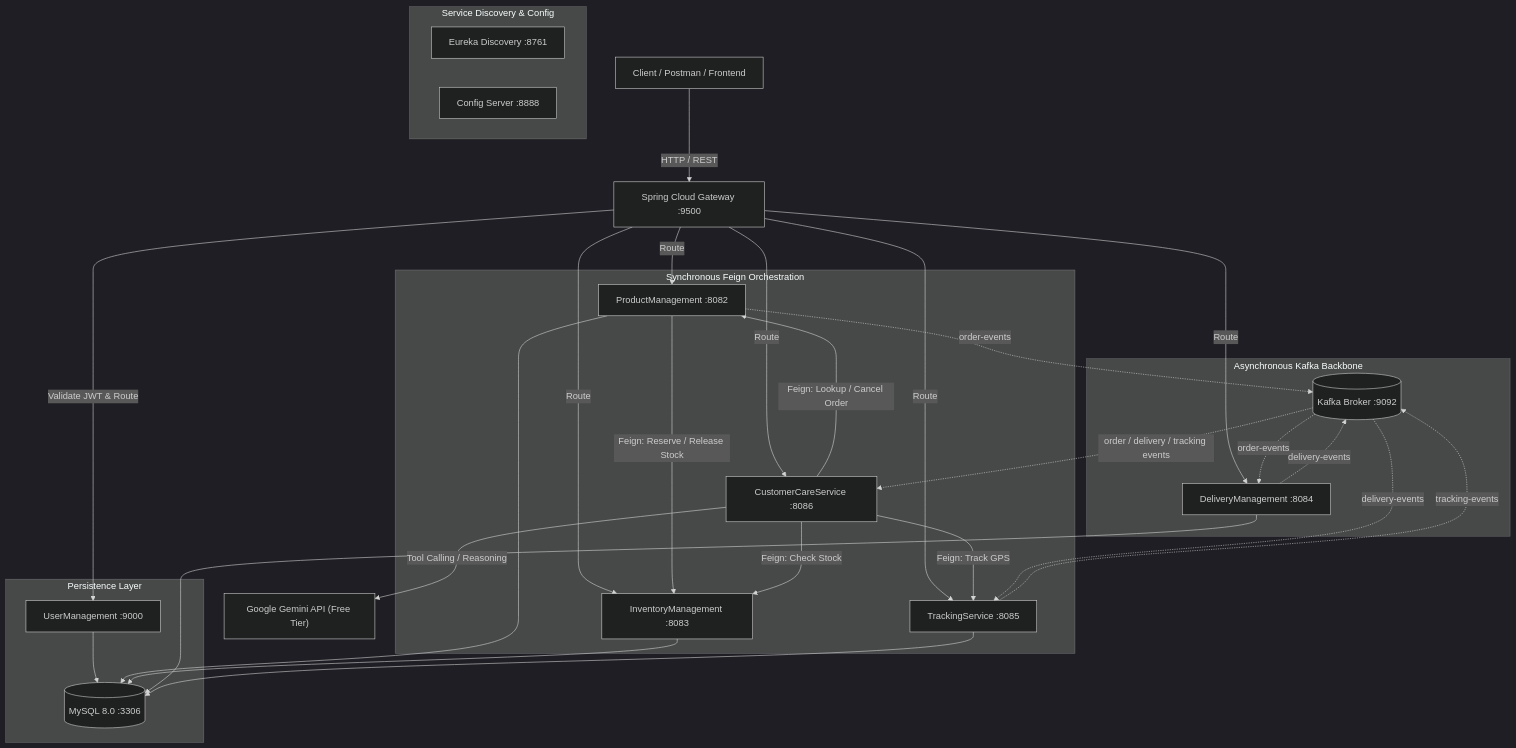
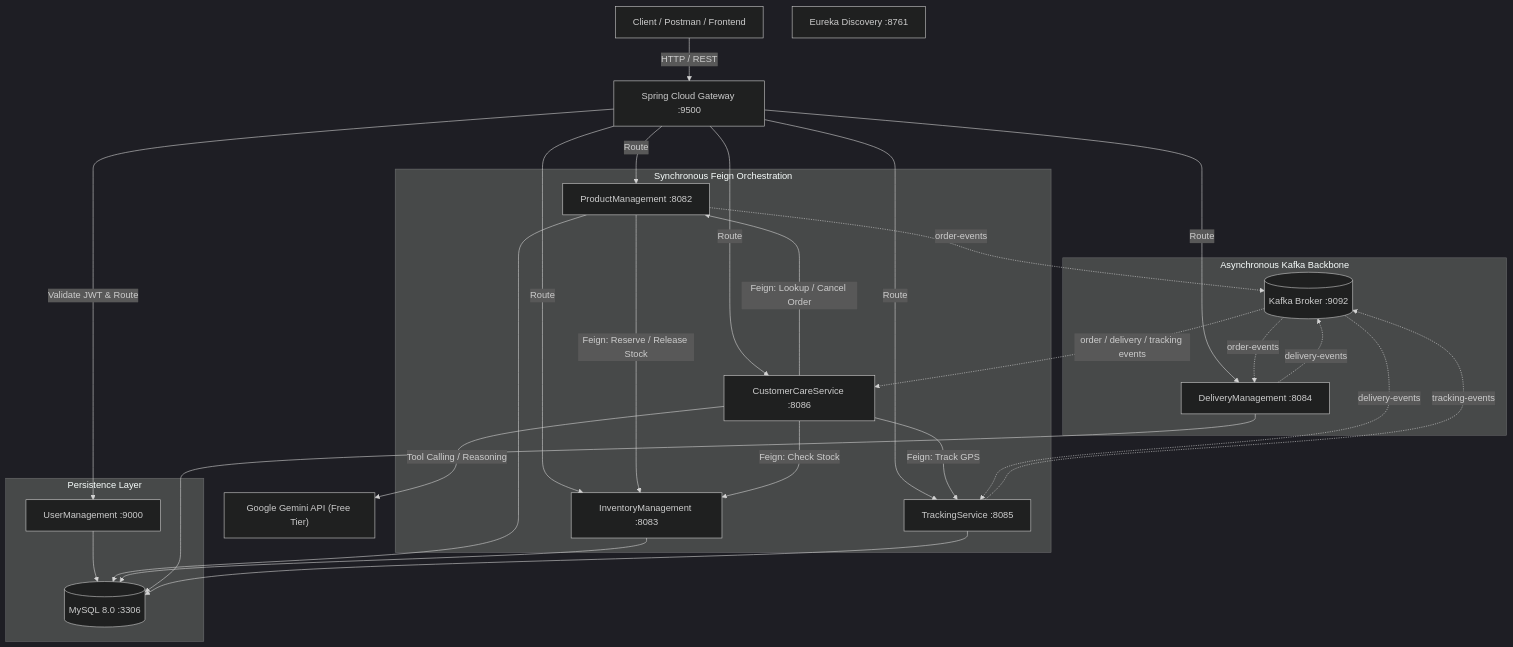
One commit to ARAVINDRASAKATLA/agentic-ecommerce-platform changed the diagram in README.md. Above: the diagram before and after it, drawn with Mermaid (dark theme). The commit also changed other lines of this file and 20 other files, not shown here.

First line of the commit message:
refactor: completely remove ConfigServer and its client dependencies

````diff
--- a/README.md
+++ b/README.md
@@ -17,44 +17,41 @@
 ```mermaid
 graph TD
     Client["Client / Postman / Frontend"] -->|HTTP / REST| GW["Spring Cloud Gateway :9500"]
 
-    subgraph Service Discovery & Config
-        Eureka["Eureka Discovery :8761"]
-        Config["Config Server :8888"]
-    end
+    Eureka["Eureka Discovery :8761"]
 
     GW -->|Validate JWT & Route| Users["UserManagement :9000"]
     GW -->|Route| Products["ProductManagement :8082"]
     GW -->|Route| Inventory["InventoryManagement :8083"]
     GW -->|Route| Delivery["DeliveryManagement :8084"]
     GW -->|Route| Tracking["TrackingService :8085"]
     GW -->|Route| Care["CustomerCareService :8086"]
 
     subgraph Synchronous Feign Orchestration
         Products -->|Feign: Reserve / Release Stock| Inventory
         Care -->|Feign: Lookup / Cancel Order| Products
         Care -->|Feign: Check Stock| Inventory
         Care -->|Feign: Track GPS| Tracking
     end
 
     subgraph Asynchronous Kafka Backbone
         Products -.->|order-events| Kafka[("Kafka Broker :9092")]
         Delivery -.->|delivery-events| Kafka
         Tracking -.->|tracking-events| Kafka
 
         Kafka -.->|order-events| Delivery
         Kafka -.->|delivery-events| Tracking
         Kafka -.->|order / delivery / tracking events| Care
     end
 
     subgraph Persistence Layer
         DB[("MySQL 8.0 :3306")]
         Users --> DB
         Products --> DB
         Inventory --> DB
         Delivery --> DB
         Tracking --> DB
     end
 
     Care -->|Tool Calling / Reasoning| Gemini["Google Gemini API (Free Tier)"]
 ```
````
